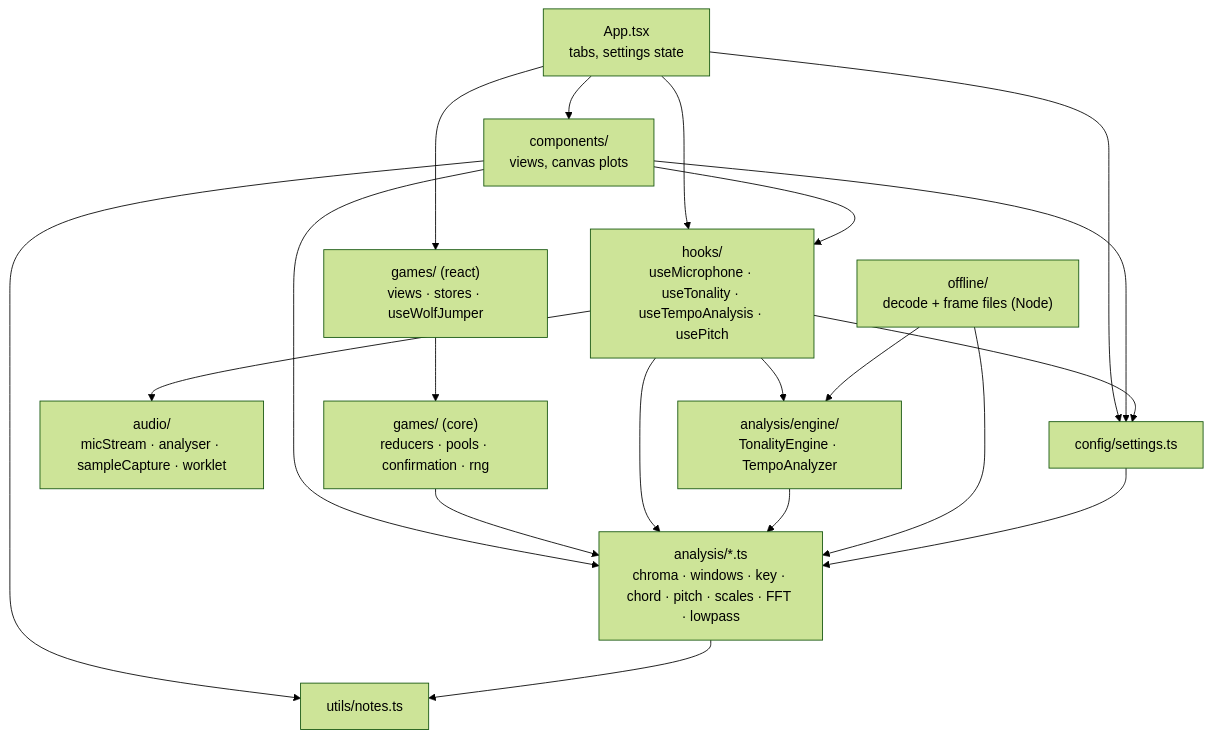
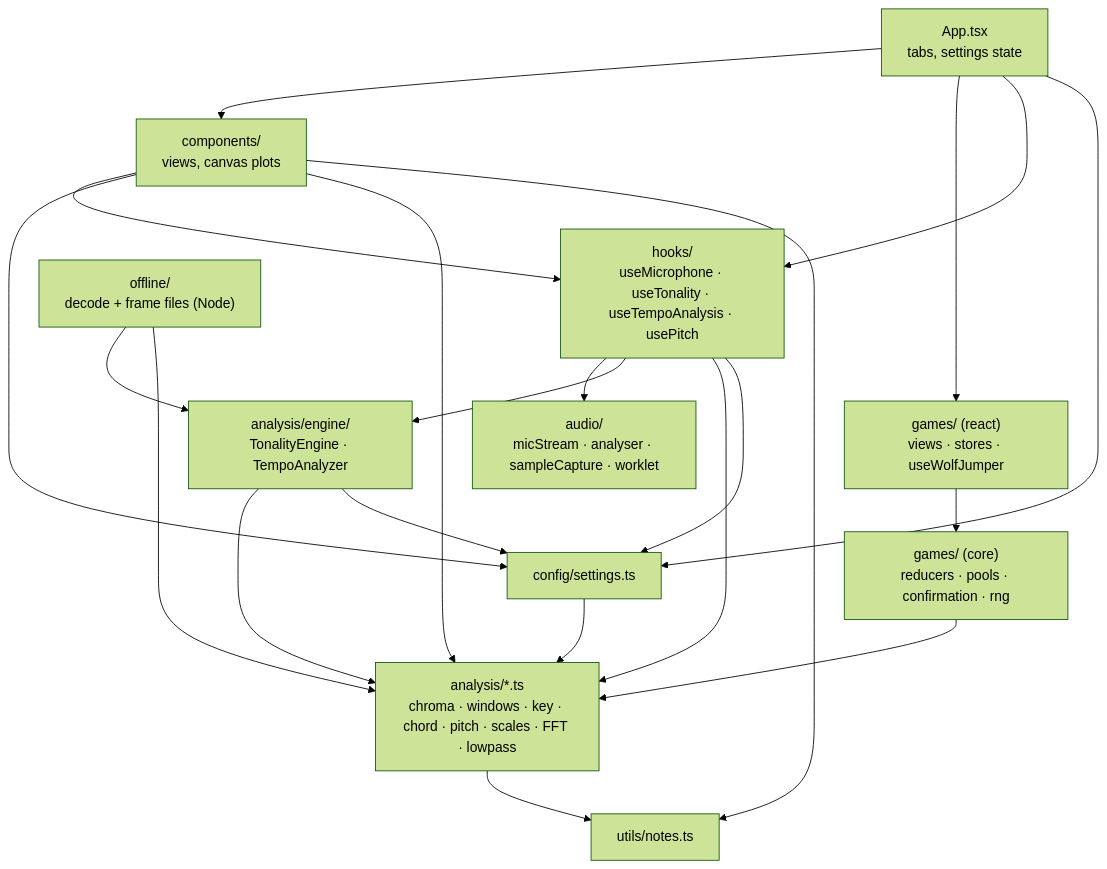
Before and after one commit to Dicdaplon/AudioLab: the second of 4 diagrams in docs/ARCHITECTURE.md, drawn with Mermaid (forest theme). The commit also changed other lines of this file and 5 other files, not shown here.

````diff
--- a/docs/ARCHITECTURE.md
+++ b/docs/ARCHITECTURE.md
@@ -69,24 +79,24 @@
 ```mermaid
 flowchart TD
     App["App.tsx<br/>tabs, settings state"]
     Comp["components/<br/>views, canvas plots"]
     Games["games/ (react)<br/>views · stores · useWolfJumper"]
     GamesCore["games/ (core)<br/>reducers · pools · confirmation · rng"]
     Hooks["hooks/<br/>useMicrophone · useTonality · useTempoAnalysis · usePitch"]
     Audio["audio/<br/>micStream · analyser · sampleCapture · worklet"]
     Engine["analysis/engine/<br/>TonalityEngine · TempoAnalyzer"]
     DSP["analysis/*.ts<br/>chroma · windows · key · chord · pitch · scales · FFT · lowpass"]
     Offline["offline/<br/>decode + frame files (Node)"]
     Config["config/settings.ts"]
     Notes["utils/notes.ts"]
 
     App --> Comp & Games & Hooks & Config
     Comp --> Hooks & Config & DSP & Notes
     Games --> GamesCore
     GamesCore --> DSP
     Hooks --> Audio & Engine & DSP & Config
-    Engine --> DSP
+    Engine --> DSP & Config
     Offline --> Engine & DSP
     Config --> DSP
     DSP --> Notes
 ```
````
